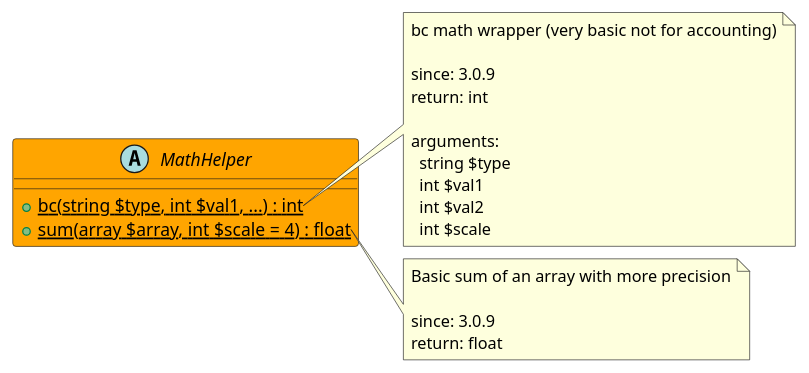
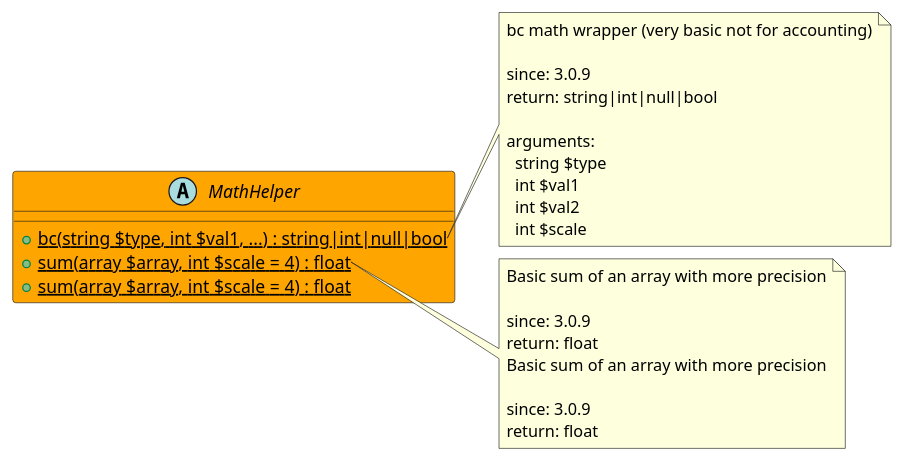
The diagram in src/152c8793-8b75-4715-996a-257b9f65451c/README.md (joomengine/super-powers), drawn with PlantUML before and after one commit. The commit also changed 2 other files, not shown here.

Commit message:
update 2023-08-18 07:49:54

````diff
--- a/src/152c8793-8b75-4715-996a-257b9f65451c/README.md
+++ b/src/152c8793-8b75-4715-996a-257b9f65451c/README.md
@@ -11,29 +11,34 @@
 ```uml
 @startuml
 abstract MathHelper  #Orange {
-  + {static} bc(string $type, int $val1, ...) : int
+  + {static} bc(string $type, int $val1, ...) : string|int|null|bool
+  + {static} sum(array $array, int $scale = 4) : float
   + {static} sum(array $array, int $scale = 4) : float
 }
 
 note right of MathHelper::bc
   bc math wrapper (very basic not for accounting)
 
   since: 3.0.9
-  return: int
+  return: string|int|null|bool
   
   arguments:
     string $type
     int $val1
     int $val2
     int $scale
 end note
 
 note right of MathHelper::sum
   Basic sum of an array with more precision
 
   since: 3.0.9
   return: float
+  Basic sum of an array with more precision
+
+  since: 3.0.9
+  return: float
 end note
  
 @enduml
 ```
````
